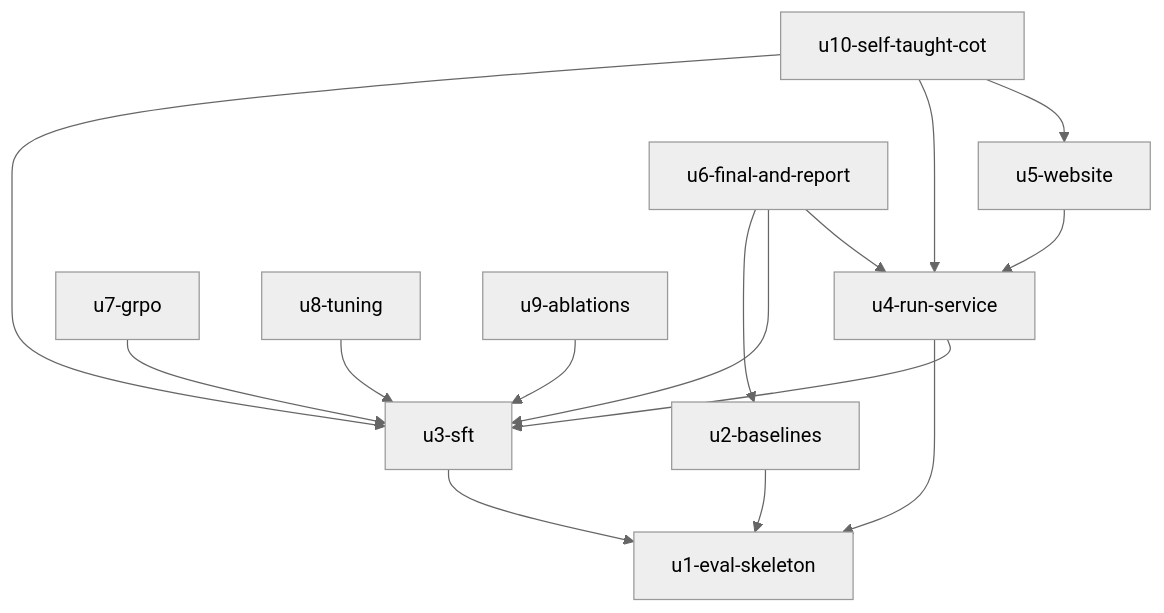
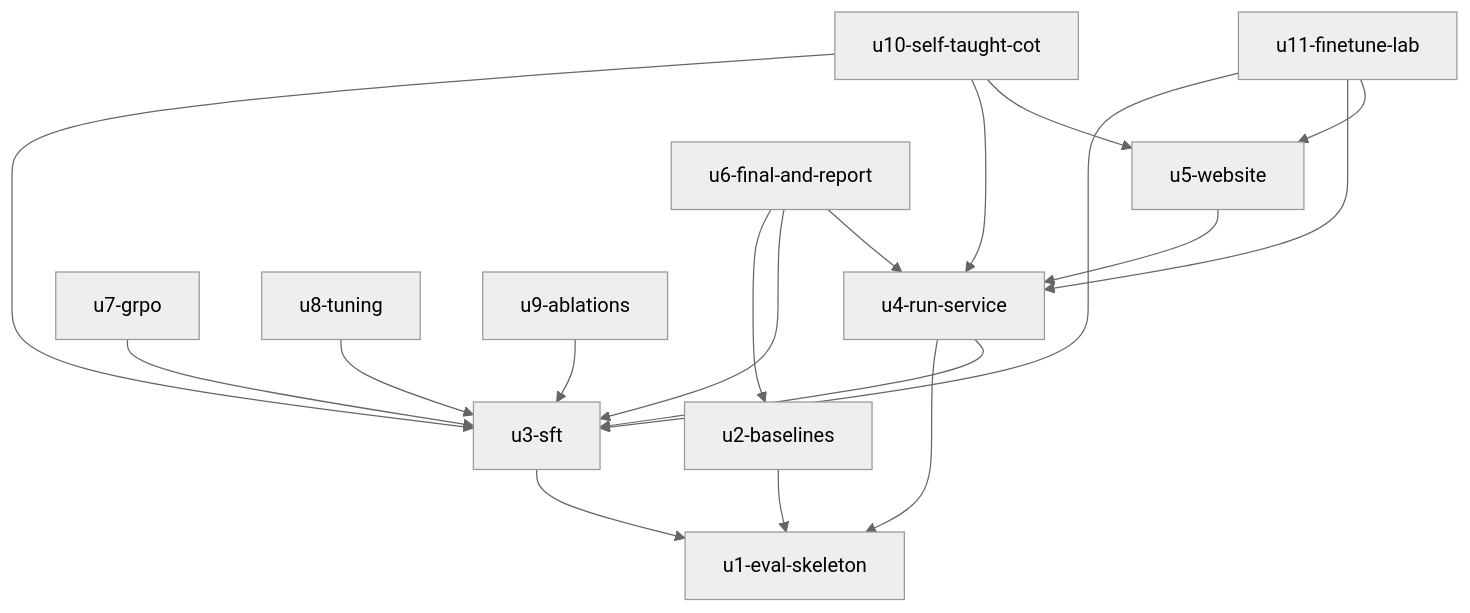
The diagram in aidlc/spaces/default/intents/261030-gsm8k-finetune/inception/units-generation/unit-of-work-dependency.md (Nodolas/idea-gsm8k-finetune), drawn with Mermaid (neutral theme) before and after one commit. The commit also changed other lines of this file and 7 other files, not shown here.

First line of the commit message:
spec(u5-website, u11-finetune-lab): token-by-token walkthrough and the fine-tuning lab

````diff
--- a/aidlc/spaces/default/intents/261030-gsm8k-finetune/inception/units-generation/unit-of-work-dependency.md
+++ b/aidlc/spaces/default/intents/261030-gsm8k-finetune/inception/units-generation/unit-of-work-dependency.md
@@ -36,17 +39,20 @@
 ```mermaid
 graph TD
   u2-baselines --> u1-eval-skeleton
   u3-sft --> u1-eval-skeleton
   u4-run-service --> u1-eval-skeleton
   u4-run-service --> u3-sft
   u5-website --> u4-run-service
   u6-final-and-report --> u2-baselines
   u6-final-and-report --> u3-sft
   u6-final-and-report --> u4-run-service
   u7-grpo --> u3-sft
   u8-tuning --> u3-sft
   u9-ablations --> u3-sft
   u10-self-taught-cot --> u3-sft
   u10-self-taught-cot --> u4-run-service
   u10-self-taught-cot --> u5-website
+  u11-finetune-lab --> u3-sft
+  u11-finetune-lab --> u4-run-service
+  u11-finetune-lab --> u5-website
 ```
````
